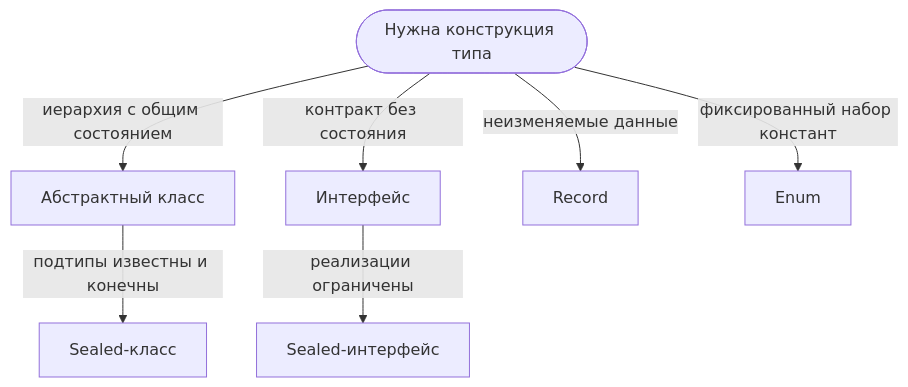
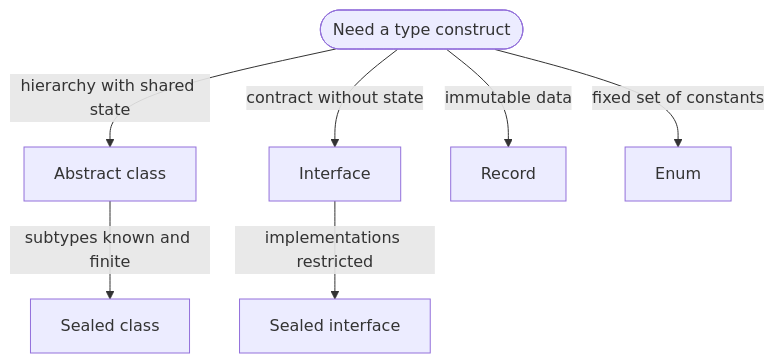
Before and after one commit to ModernProgrammingTech2026/mpt-lab-02-starter: the fifth of 10 diagrams in oop-types-and-design-ru.md, drawn with Mermaid. The commit also changed other lines of this file, not shown here.

````diff
--- a/oop-types-and-design-ru.md
+++ b/oop-types-and-design-ru.md
@@ -180,10 +180,10 @@
 ```mermaid
 flowchart TB
-    Need([Нужна конструкция типа])
-    Need -->|"иерархия с общим состоянием"| Abstract[Абстрактный класс]
-    Need -->|"контракт без состояния"| Interface[Интерфейс]
-    Need -->|"неизменяемые данные"| Record[Record]
-    Need -->|"фиксированный набор констант"| Enum[Enum]
-    Abstract -->|"подтипы известны и конечны"| Sealed[Sealed-класс]
-    Interface -->|"реализации ограничены"| SealedIf[Sealed-интерфейс]
+    Need([Need a type construct])
+    Need -->|"hierarchy with shared state"| Abstract[Abstract class]
+    Need -->|"contract without state"| Interface[Interface]
+    Need -->|"immutable data"| Record[Record]
+    Need -->|"fixed set of constants"| Enum[Enum]
+    Abstract -->|"subtypes known and finite"| Sealed[Sealed class]
+    Interface -->|"implementations restricted"| SealedIf[Sealed interface]
 ```
````
